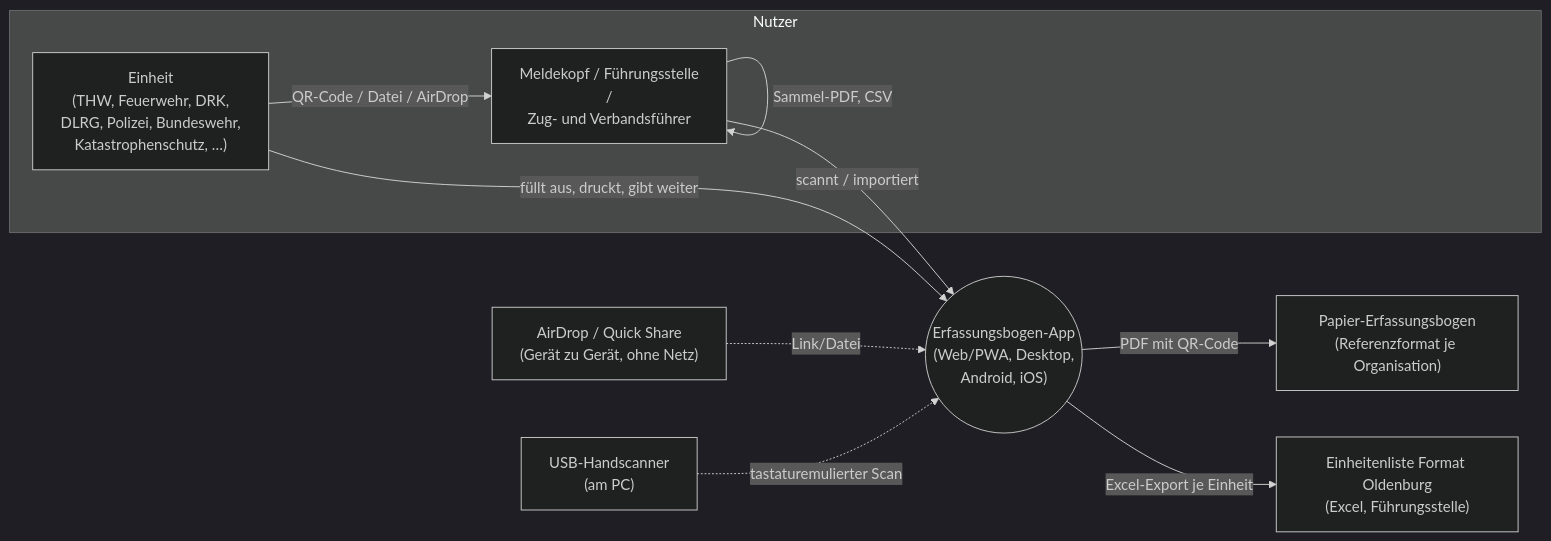
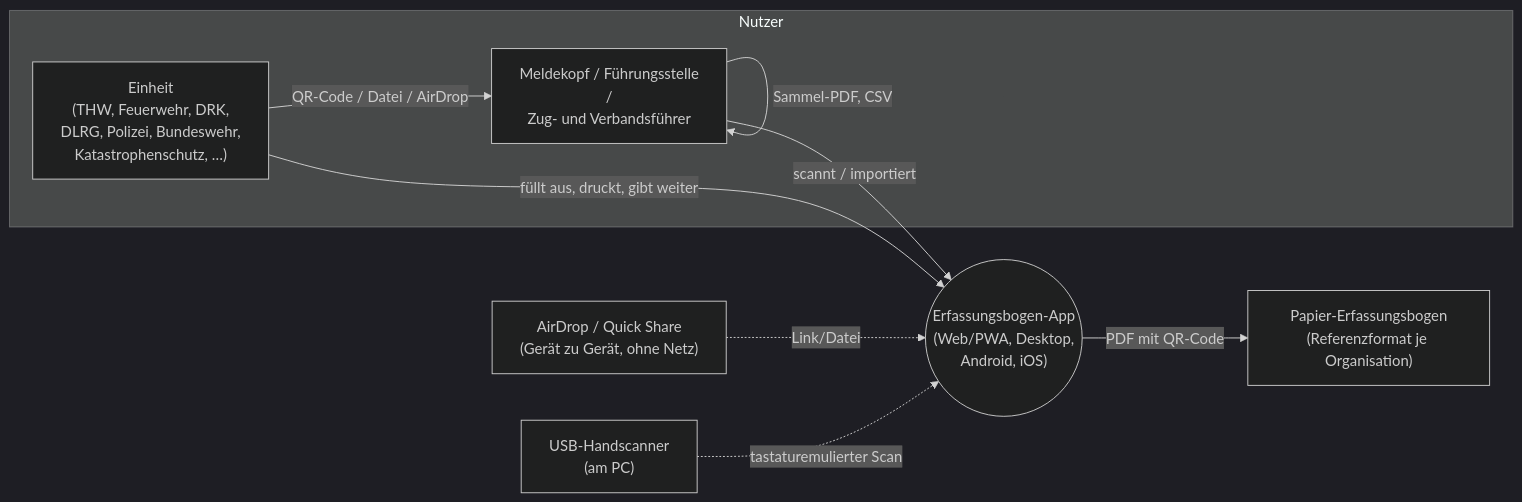
Before and after one commit to wattnpapa/erfassungsbogen: the first of 12 diagrams in docs/arc42-architektur.md, drawn with Mermaid (dark theme). The commit also changed other lines of this file and 53 other files, not shown here.

First line of the commit message:
Excel-Liste im Format „Oldenburg" ausbauen

````diff
--- a/docs/arc42-architektur.md
+++ b/docs/arc42-architektur.md
@@ -816,21 +826,19 @@
 ```mermaid
 flowchart LR
   subgraph Nutzer
     Einheit["Einheit<br/>(THW, Feuerwehr, DRK,<br/>DLRG, Polizei, Bundeswehr,<br/>Katastrophenschutz, …)"]
     Meldekopf["Meldekopf / Führungsstelle<br/>/<br/>Zug- und Verbandsführer"]
   end
   App(("Erfassungsbogen-App<br/>(Web/PWA, Desktop,<br/>Android, iOS)"))
   Scanner["USB-Handscanner<br/>(am PC)"]
   AirDrop["AirDrop / Quick Share<br/>(Gerät zu Gerät, ohne Netz)"]
   Papier["Papier-Erfassungsbogen<br/>(Referenzformat je Organisation)"]
-  Oldenburg["Einheitenliste Format Oldenburg<br/>(Excel, Führungsstelle)"]
 
   Einheit -->|"füllt aus, druckt, gibt weiter"| App
   Einheit -->|"QR-Code / Datei / AirDrop"| Meldekopf
   Meldekopf -->|"scannt / importiert"| App
   Meldekopf -->|"Sammel-PDF, CSV"| Meldekopf
   Scanner -.->|"tastaturemulierter Scan"| App
   AirDrop -.->|"Link/Datei"| App
   App -->|"PDF mit QR-Code"| Papier
-  App -->|"Excel-Export je Einheit"| Oldenburg
 ```
````
